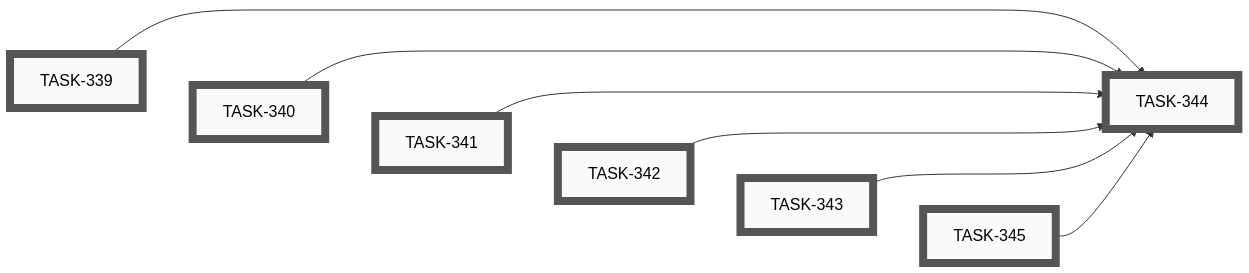
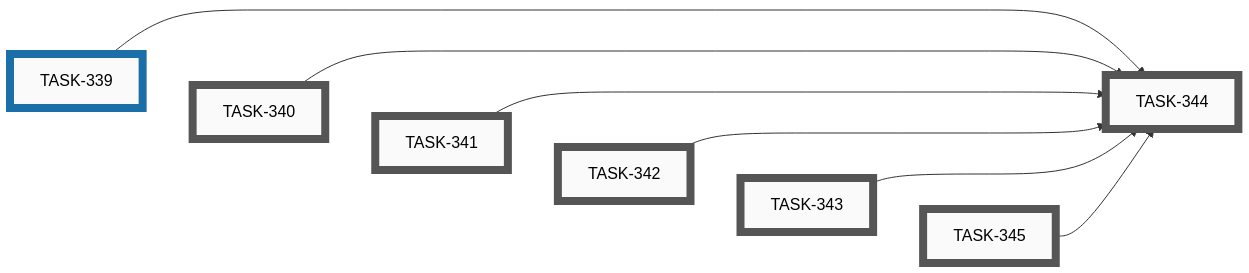
The ninth of 10 diagrams in docs/developers/tasks/EPICS.md (tgd1975/AwesomeStudioPedal), drawn with Mermaid before and after one commit. The commit also changed other lines of this file and 8 other files, not shown here.

Commit message:
feat(simulator): add ASP mark and favicon to web simulator header (TASK-339)

````diff
--- a/docs/developers/tasks/EPICS.md
+++ b/docs/developers/tasks/EPICS.md
@@ -366,32 +366,32 @@
 ```mermaid
 graph LR
-    TASK_339["TASK-339"]:::open
     TASK_340["TASK-340"]:::open
     TASK_341["TASK-341"]:::open
     TASK_342["TASK-342"]:::open
     TASK_343["TASK-343"]:::open
     TASK_344["TASK-344"]:::open
     TASK_345["TASK-345"]:::open
+    TASK_339["TASK-339"]:::active
     TASK_339 --> TASK_344
     TASK_340 --> TASK_344
     TASK_341 --> TASK_344
     TASK_342 --> TASK_344
     TASK_343 --> TASK_344
     TASK_345 --> TASK_344
     TASK_339 ~~~ TASK_340 ~~~ TASK_341 ~~~ TASK_342 ~~~ TASK_343 ~~~ TASK_345
-    click TASK_339 "open/task-339-add-asp-logo-to-web-simulator-header.md"
     click TASK_340 "open/task-340-add-asp-logo-to-profile-builder-header.md"
     click TASK_341 "open/task-341-add-asp-logo-to-configuration-builder-header.md"
     click TASK_342 "open/task-342-add-asp-logo-to-mobile-app-appbar.md"
     click TASK_343 "open/task-343-add-github-social-preview-image.md"
     click TASK_344 "open/task-344-archive-idea-049-after-logo-tasks-shipped.md"
     click TASK_345 "open/task-345-swap-android-launcher-icon-to-asp-mark.md"
+    click TASK_339 "active/task-339-add-asp-logo-to-web-simulator-header.md"
     classDef open    fill:#FAFAFA,stroke:#555,stroke-width:8px,color:#000
     classDef active  fill:#FAFAFA,stroke:#1A6FA8,stroke-width:8px,color:#000
     classDef closed  fill:#FAFAFA,stroke:#3F8B53,stroke-width:8px,color:#000
     classDef paused  fill:#FAFAFA,stroke:#B07810,stroke-width:8px,color:#000
     classDef openExt    fill:#000,stroke:#888,stroke-width:8px,color:#FFF
     classDef activeExt  fill:#000,stroke:#3FA9F5,stroke-width:8px,color:#FFF
     classDef closedExt  fill:#000,stroke:#7CC68A,stroke-width:8px,color:#FFF
     classDef pausedExt  fill:#000,stroke:#F0B030,stroke-width:8px,color:#FFF
 ```
````
